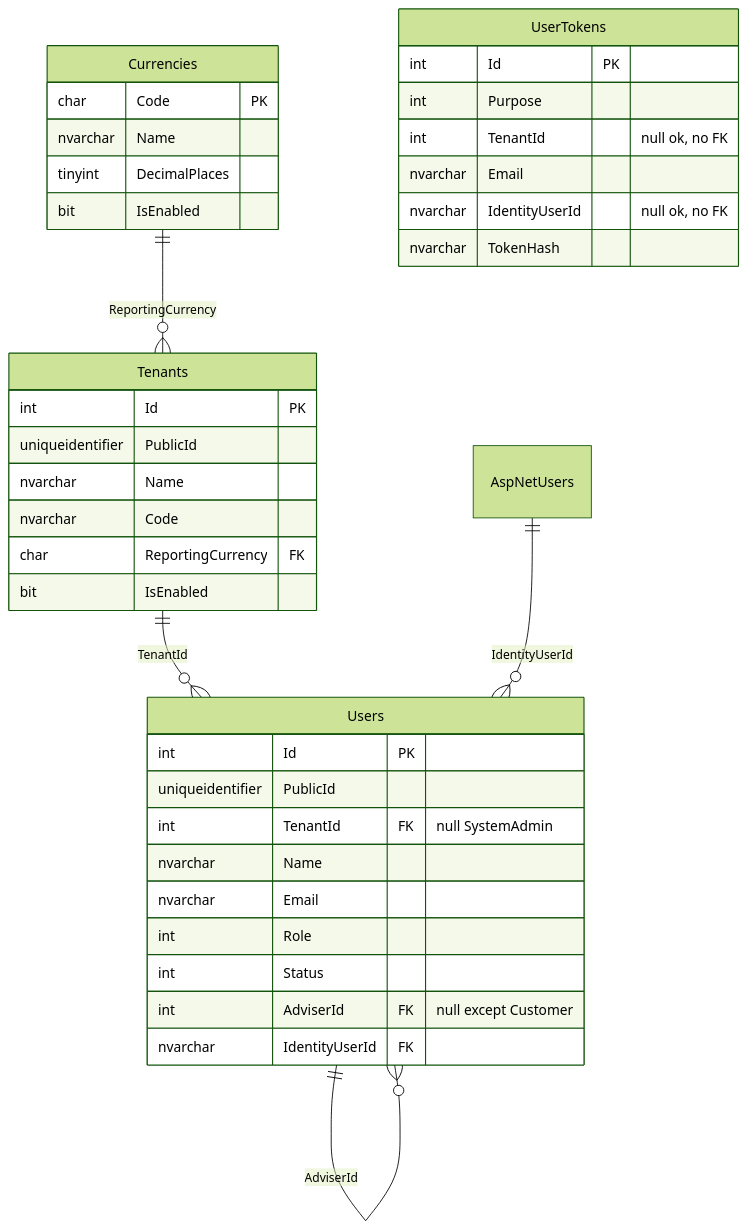
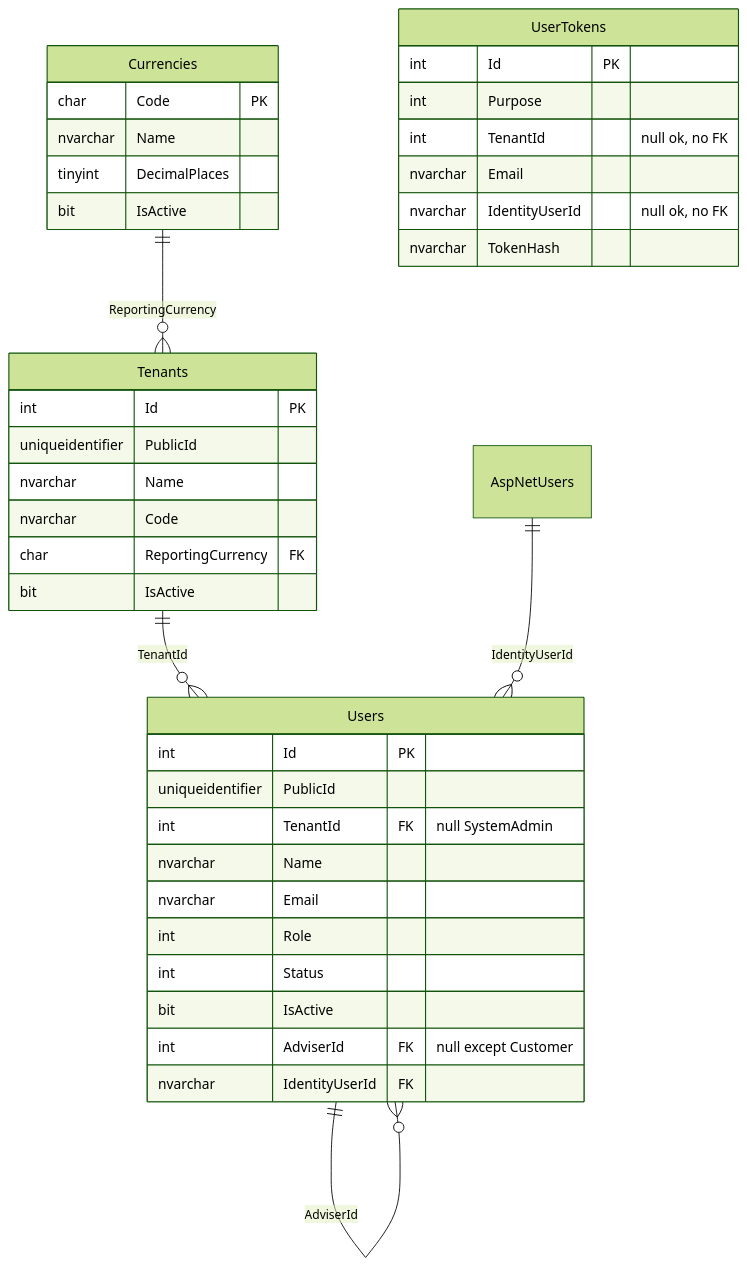
One commit to louis297/MyWealthV2 changed the diagram in docs/database-design.md. Above: the diagram before and after it, drawn with Mermaid (forest theme). The commit also changed other lines of this file and 18 other files, not shown here.

Commit message:
Rename live IsEnabled docs to IsActive without implementing accounts.

````diff
--- a/docs/database-design.md
+++ b/docs/database-design.md
@@ -95,41 +96,42 @@
 ```mermaid
 erDiagram
   Currencies ||--o{ Tenants : ReportingCurrency
   Tenants ||--o{ Users : TenantId
   Users ||--o{ Users : AdviserId
   AspNetUsers ||--o{ Users : IdentityUserId
 
   Currencies {
     char Code PK
     nvarchar Name
     tinyint DecimalPlaces
-    bit IsEnabled
+    bit IsActive
   }
   Tenants {
     int Id PK
     uniqueidentifier PublicId
     nvarchar Name
     nvarchar Code
     char ReportingCurrency FK
-    bit IsEnabled
+    bit IsActive
   }
   Users {
     int Id PK
     uniqueidentifier PublicId
     int TenantId FK "null SystemAdmin"
     nvarchar Name
     nvarchar Email
     int Role
     int Status
+    bit IsActive
     int AdviserId FK "null except Customer"
     nvarchar IdentityUserId FK
   }
   UserTokens {
     int Id PK
     int Purpose
     int TenantId "null ok, no FK"
     nvarchar Email
     nvarchar IdentityUserId "null ok, no FK"
     nvarchar TokenHash
   }
 ```
````
